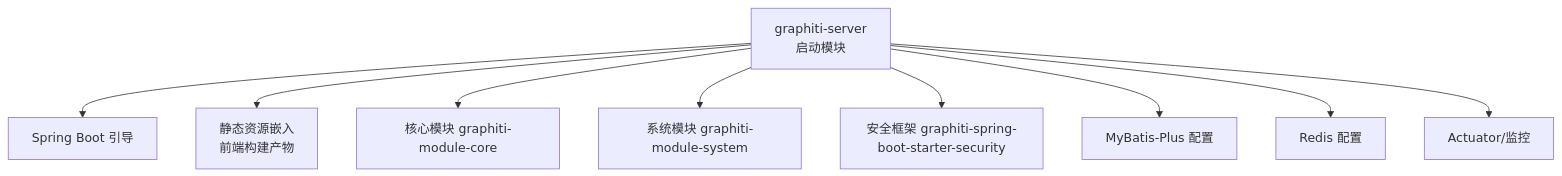
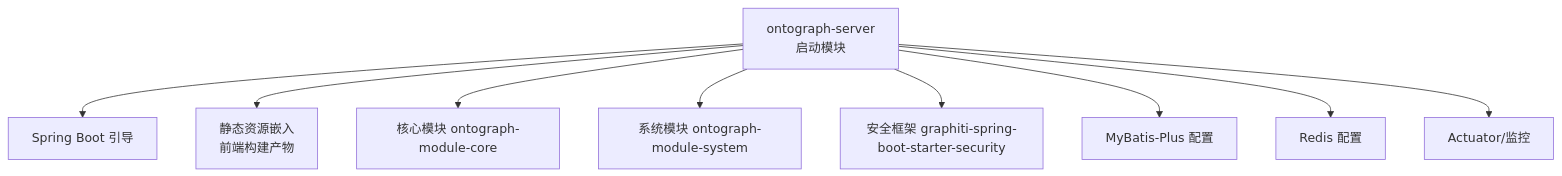
The first of 5 diagrams in docs/manual/架构设计/模块化设计/应用启动模块 (graphiti-server).md (joezxh/graphiti-java), drawn with Mermaid before and after one commit. The commit also changed other lines of this file and 200 other files, not shown here.

````diff
--- a/docs/manual/架构设计/模块化设计/应用启动模块 (graphiti-server).md
+++ b/docs/manual/架构设计/模块化设计/应用启动模块 (graphiti-server).md
@@ -47,11 +47,11 @@
 ```mermaid
 graph TB
-A["graphiti-server<br/>启动模块"] --> B["Spring Boot 引导"]
+A["ontograph-server<br/>启动模块"] --> B["Spring Boot 引导"]
 A --> C["静态资源嵌入<br/>前端构建产物"]
-A --> D["核心模块 graphiti-module-core"]
-A --> E["系统模块 graphiti-module-system"]
+A --> D["核心模块 ontograph-module-core"]
+A --> E["系统模块 ontograph-module-system"]
 A --> F["安全框架 graphiti-spring-boot-starter-security"]
 A --> G["MyBatis-Plus 配置"]
 A --> H["Redis 配置"]
 A --> I["Actuator/监控"]
 ```
````
